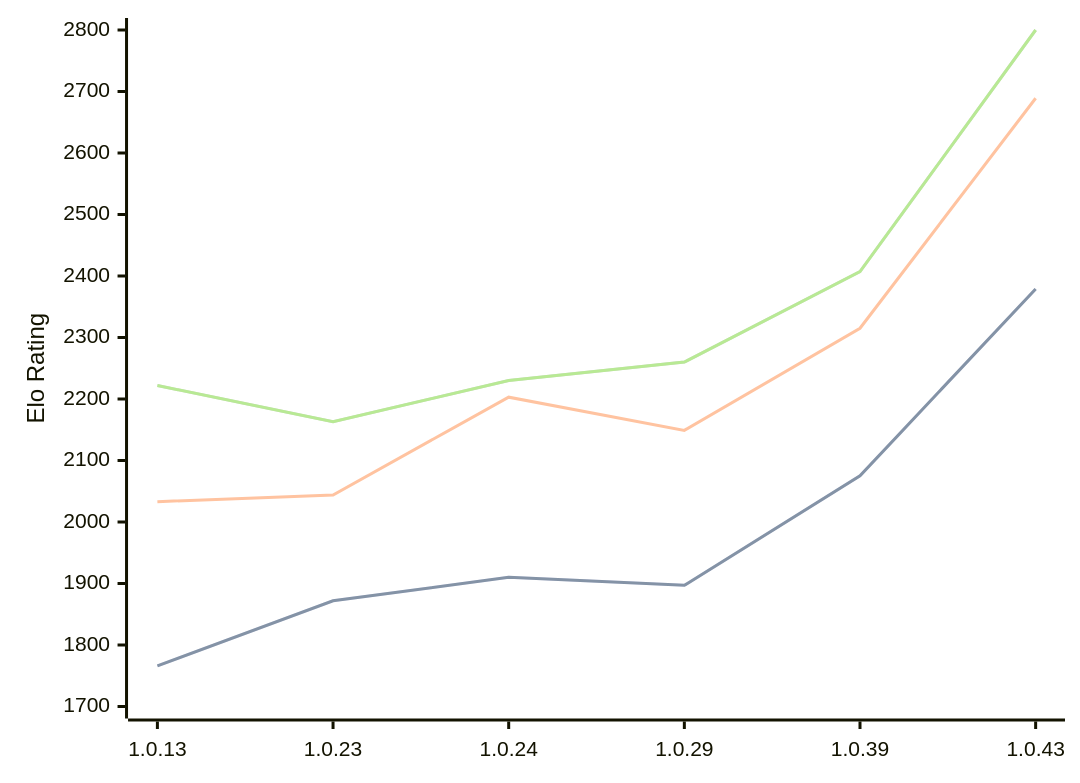
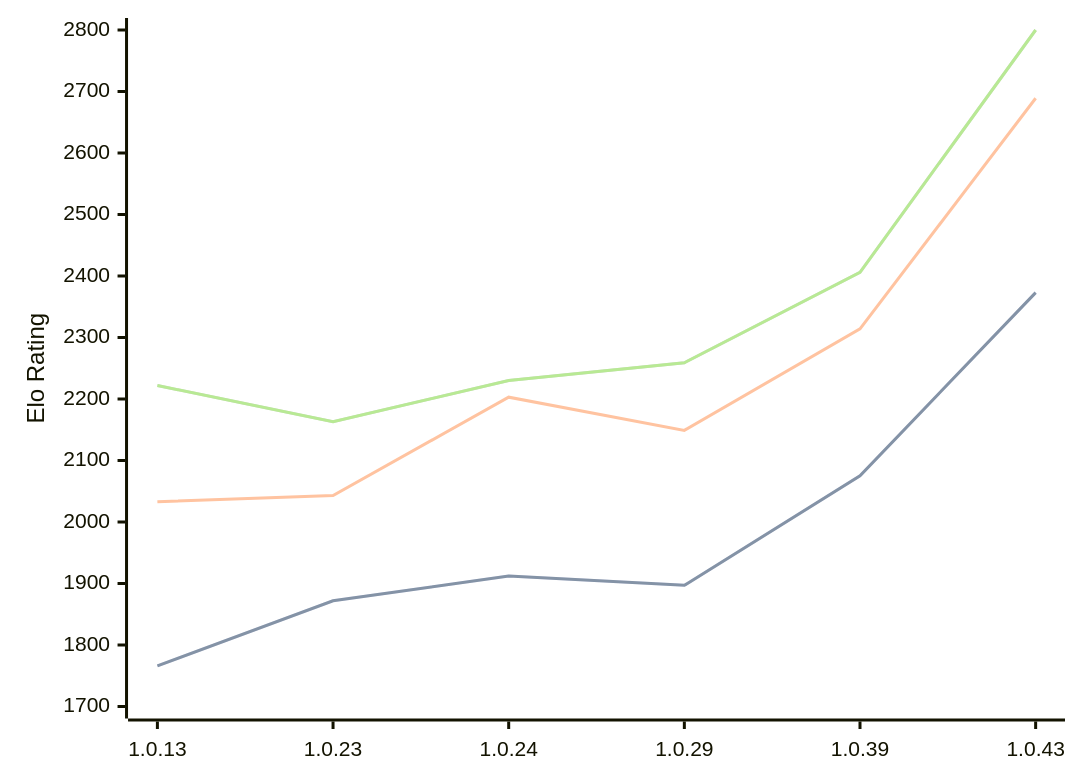
Before and after one commit to computer-chess-index/cci: the first of 3 diagrams in engines/RustyRival.md, drawn with Mermaid. The commit also changed other lines of this file, not shown here.

Commit message:
Update CCI Ratings (ELO VLTC) - 2026-07-15

````diff
--- a/engines/RustyRival.md
+++ b/engines/RustyRival.md
@@ -68,11 +68,11 @@
 ```mermaid
 %%{init: {"theme":"base","themeVariables":{"seriesColors:['#a3a3a3','#222221','#faa371']}}}%%
 xychart-beta
   x-axis ["1.0.13", "1.0.23", "1.0.24", "1.0.29", "1.0.39", "1.0.43"]
   y-axis "Elo Rating" 1700 --> 2800
-  line "STC (8.0+0.08s)" [1766, 1872, 1910, 1897, 2075, 2379]
-  line "STC (8.0+0.08s)" [1766, 1872, 1910, 1897, 2075, 2379]
-  line "LTC (60.0+0.60s)" [2033, 2044, 2203, 2149, 2315, 2689]
-  line "VLTC (2m24s+1.12s)" [2222, 2163, 2230, 2260, 2407, 2800]
-  line "VLTC (2m24s+1.12s)" [2222, 2163, 2230, 2260, 2407, 2800]
+  line "STC (8.0+0.08s)" [1766, 1872, 1912, 1897, 2075, 2373]
+  line "STC (8.0+0.08s)" [1766, 1872, 1912, 1897, 2075, 2373]
+  line "LTC (60.0+0.60s)" [2033, 2043, 2203, 2149, 2314, 2689]
+  line "VLTC (2m24s+1.12s)" [2222, 2163, 2230, 2259, 2406, 2800]
+  line "VLTC (2m24s+1.12s)" [2222, 2163, 2230, 2259, 2406, 2800]
 ```
````
